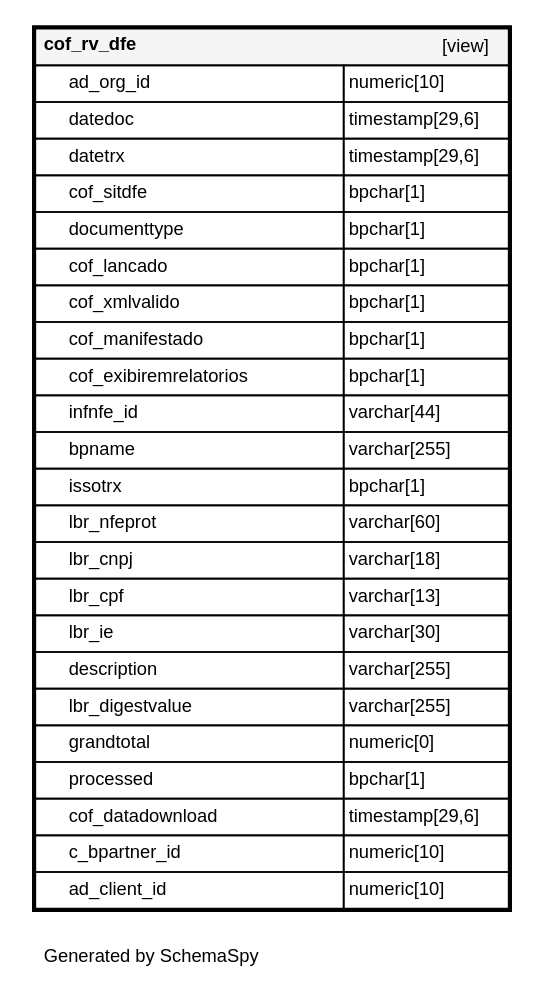
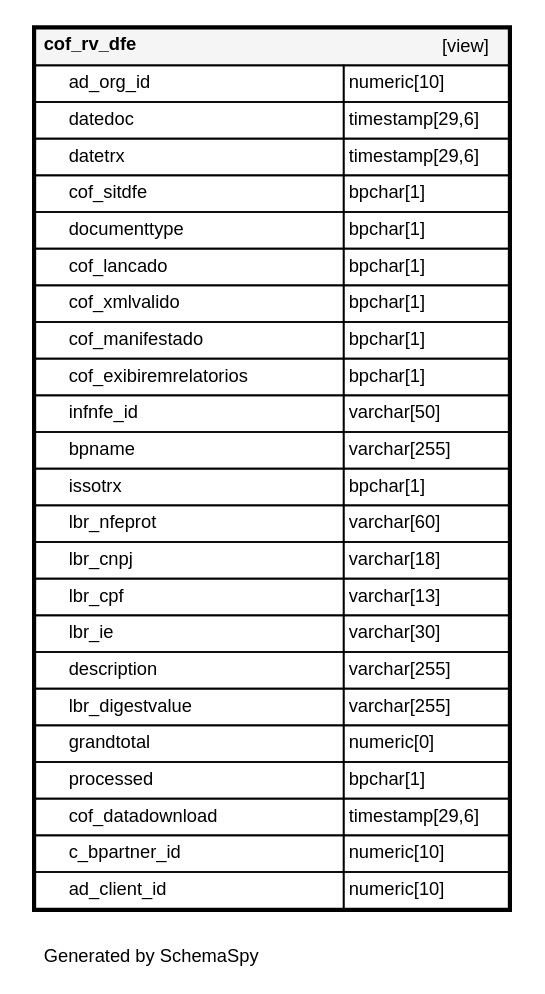
The diagram in public/diagrams/tables/cof_rv_dfe.1degree.dot (devcoffee/deverp-schemaspy), drawn with Graphviz before and after one commit. The commit also changed 447 other files, not shown here.

Commit message:
SchemaSpy baseado em release-12-brerp #206

```diff
--- a/public/diagrams/tables/cof_rv_dfe.1degree.dot
+++ b/public/diagrams/tables/cof_rv_dfe.1degree.dot
@@ -1,35 +1,35 @@
 digraph "oneDegreeRelationshipsDiagram" {
   graph [    rankdir="RL"    bgcolor="#ffffff"    label="\nGenerated by SchemaSpy"    labeljust="l"    nodesep="0.18"    ranksep="0.46"    fontname="Helvetica"    fontsize="11"    packmode="graph"  ];  node [    fontname="Helvetica"    fontsize="11"    shape="plaintext"  ];  edge [    arrowsize="0.8"  ];
   "cof_rv_dfe" [
    label=<
     <TABLE BORDER="2" CELLBORDER="1" CELLSPACING="0" BGCOLOR="#ffffff">
       <TR><TD COLSPAN="4"  BGCOLOR="#f5f5f5"><TABLE BORDER="0" CELLSPACING="0"><TR><TD ALIGN="LEFT" FIXEDSIZE="TRUE" WIDTH="73" HEIGHT="16"><B>cof_rv_dfe</B></TD><TD ALIGN="RIGHT">[view]</TD></TR></TABLE></TD></TR>
       <TR><TD PORT="ad_org_id" COLSPAN="2" ALIGN="LEFT"><TABLE BORDER="0" CELLSPACING="0" ALIGN="LEFT"><TR ALIGN="LEFT"><TD ALIGN="LEFT" FIXEDSIZE="TRUE" WIDTH="15" HEIGHT="16"></TD><TD ALIGN="LEFT" FIXEDSIZE="TRUE" WIDTH="164" HEIGHT="16">ad_org_id</TD></TR></TABLE></TD><TD PORT="ad_org_id.type" ALIGN="LEFT">numeric[10]</TD></TR>
       <TR><TD PORT="datedoc" COLSPAN="2" ALIGN="LEFT"><TABLE BORDER="0" CELLSPACING="0" ALIGN="LEFT"><TR ALIGN="LEFT"><TD ALIGN="LEFT" FIXEDSIZE="TRUE" WIDTH="15" HEIGHT="16"></TD><TD ALIGN="LEFT" FIXEDSIZE="TRUE" WIDTH="164" HEIGHT="16">datedoc</TD></TR></TABLE></TD><TD PORT="datedoc.type" ALIGN="LEFT">timestamp[29,6]</TD></TR>
       <TR><TD PORT="datetrx" COLSPAN="2" ALIGN="LEFT"><TABLE BORDER="0" CELLSPACING="0" ALIGN="LEFT"><TR ALIGN="LEFT"><TD ALIGN="LEFT" FIXEDSIZE="TRUE" WIDTH="15" HEIGHT="16"></TD><TD ALIGN="LEFT" FIXEDSIZE="TRUE" WIDTH="164" HEIGHT="16">datetrx</TD></TR></TABLE></TD><TD PORT="datetrx.type" ALIGN="LEFT">timestamp[29,6]</TD></TR>
       <TR><TD PORT="cof_sitdfe" COLSPAN="2" ALIGN="LEFT"><TABLE BORDER="0" CELLSPACING="0" ALIGN="LEFT"><TR ALIGN="LEFT"><TD ALIGN="LEFT" FIXEDSIZE="TRUE" WIDTH="15" HEIGHT="16"></TD><TD ALIGN="LEFT" FIXEDSIZE="TRUE" WIDTH="164" HEIGHT="16">cof_sitdfe</TD></TR></TABLE></TD><TD PORT="cof_sitdfe.type" ALIGN="LEFT">bpchar[1]</TD></TR>
       <TR><TD PORT="documenttype" COLSPAN="2" ALIGN="LEFT"><TABLE BORDER="0" CELLSPACING="0" ALIGN="LEFT"><TR ALIGN="LEFT"><TD ALIGN="LEFT" FIXEDSIZE="TRUE" WIDTH="15" HEIGHT="16"></TD><TD ALIGN="LEFT" FIXEDSIZE="TRUE" WIDTH="164" HEIGHT="16">documenttype</TD></TR></TABLE></TD><TD PORT="documenttype.type" ALIGN="LEFT">bpchar[1]</TD></TR>
       <TR><TD PORT="cof_lancado" COLSPAN="2" ALIGN="LEFT"><TABLE BORDER="0" CELLSPACING="0" ALIGN="LEFT"><TR ALIGN="LEFT"><TD ALIGN="LEFT" FIXEDSIZE="TRUE" WIDTH="15" HEIGHT="16"></TD><TD ALIGN="LEFT" FIXEDSIZE="TRUE" WIDTH="164" HEIGHT="16">cof_lancado</TD></TR></TABLE></TD><TD PORT="cof_lancado.type" ALIGN="LEFT">bpchar[1]</TD></TR>
       <TR><TD PORT="cof_xmlvalido" COLSPAN="2" ALIGN="LEFT"><TABLE BORDER="0" CELLSPACING="0" ALIGN="LEFT"><TR ALIGN="LEFT"><TD ALIGN="LEFT" FIXEDSIZE="TRUE" WIDTH="15" HEIGHT="16"></TD><TD ALIGN="LEFT" FIXEDSIZE="TRUE" WIDTH="164" HEIGHT="16">cof_xmlvalido</TD></TR></TABLE></TD><TD PORT="cof_xmlvalido.type" ALIGN="LEFT">bpchar[1]</TD></TR>
       <TR><TD PORT="cof_manifestado" COLSPAN="2" ALIGN="LEFT"><TABLE BORDER="0" CELLSPACING="0" ALIGN="LEFT"><TR ALIGN="LEFT"><TD ALIGN="LEFT" FIXEDSIZE="TRUE" WIDTH="15" HEIGHT="16"></TD><TD ALIGN="LEFT" FIXEDSIZE="TRUE" WIDTH="164" HEIGHT="16">cof_manifestado</TD></TR></TABLE></TD><TD PORT="cof_manifestado.type" ALIGN="LEFT">bpchar[1]</TD></TR>
       <TR><TD PORT="cof_exibiremrelatorios" COLSPAN="2" ALIGN="LEFT"><TABLE BORDER="0" CELLSPACING="0" ALIGN="LEFT"><TR ALIGN="LEFT"><TD ALIGN="LEFT" FIXEDSIZE="TRUE" WIDTH="15" HEIGHT="16"></TD><TD ALIGN="LEFT" FIXEDSIZE="TRUE" WIDTH="164" HEIGHT="16">cof_exibiremrelatorios</TD></TR></TABLE></TD><TD PORT="cof_exibiremrelatorios.type" ALIGN="LEFT">bpchar[1]</TD></TR>
-      <TR><TD PORT="infnfe_id" COLSPAN="2" ALIGN="LEFT"><TABLE BORDER="0" CELLSPACING="0" ALIGN="LEFT"><TR ALIGN="LEFT"><TD ALIGN="LEFT" FIXEDSIZE="TRUE" WIDTH="15" HEIGHT="16"></TD><TD ALIGN="LEFT" FIXEDSIZE="TRUE" WIDTH="164" HEIGHT="16">infnfe_id</TD></TR></TABLE></TD><TD PORT="infnfe_id.type" ALIGN="LEFT">varchar[44]</TD></TR>
+      <TR><TD PORT="infnfe_id" COLSPAN="2" ALIGN="LEFT"><TABLE BORDER="0" CELLSPACING="0" ALIGN="LEFT"><TR ALIGN="LEFT"><TD ALIGN="LEFT" FIXEDSIZE="TRUE" WIDTH="15" HEIGHT="16"></TD><TD ALIGN="LEFT" FIXEDSIZE="TRUE" WIDTH="164" HEIGHT="16">infnfe_id</TD></TR></TABLE></TD><TD PORT="infnfe_id.type" ALIGN="LEFT">varchar[50]</TD></TR>
       <TR><TD PORT="bpname" COLSPAN="2" ALIGN="LEFT"><TABLE BORDER="0" CELLSPACING="0" ALIGN="LEFT"><TR ALIGN="LEFT"><TD ALIGN="LEFT" FIXEDSIZE="TRUE" WIDTH="15" HEIGHT="16"></TD><TD ALIGN="LEFT" FIXEDSIZE="TRUE" WIDTH="164" HEIGHT="16">bpname</TD></TR></TABLE></TD><TD PORT="bpname.type" ALIGN="LEFT">varchar[255]</TD></TR>
       <TR><TD PORT="issotrx" COLSPAN="2" ALIGN="LEFT"><TABLE BORDER="0" CELLSPACING="0" ALIGN="LEFT"><TR ALIGN="LEFT"><TD ALIGN="LEFT" FIXEDSIZE="TRUE" WIDTH="15" HEIGHT="16"></TD><TD ALIGN="LEFT" FIXEDSIZE="TRUE" WIDTH="164" HEIGHT="16">issotrx</TD></TR></TABLE></TD><TD PORT="issotrx.type" ALIGN="LEFT">bpchar[1]</TD></TR>
       <TR><TD PORT="lbr_nfeprot" COLSPAN="2" ALIGN="LEFT"><TABLE BORDER="0" CELLSPACING="0" ALIGN="LEFT"><TR ALIGN="LEFT"><TD ALIGN="LEFT" FIXEDSIZE="TRUE" WIDTH="15" HEIGHT="16"></TD><TD ALIGN="LEFT" FIXEDSIZE="TRUE" WIDTH="164" HEIGHT="16">lbr_nfeprot</TD></TR></TABLE></TD><TD PORT="lbr_nfeprot.type" ALIGN="LEFT">varchar[60]</TD></TR>
       <TR><TD PORT="lbr_cnpj" COLSPAN="2" ALIGN="LEFT"><TABLE BORDER="0" CELLSPACING="0" ALIGN="LEFT"><TR ALIGN="LEFT"><TD ALIGN="LEFT" FIXEDSIZE="TRUE" WIDTH="15" HEIGHT="16"></TD><TD ALIGN="LEFT" FIXEDSIZE="TRUE" WIDTH="164" HEIGHT="16">lbr_cnpj</TD></TR></TABLE></TD><TD PORT="lbr_cnpj.type" ALIGN="LEFT">varchar[18]</TD></TR>
       <TR><TD PORT="lbr_cpf" COLSPAN="2" ALIGN="LEFT"><TABLE BORDER="0" CELLSPACING="0" ALIGN="LEFT"><TR ALIGN="LEFT"><TD ALIGN="LEFT" FIXEDSIZE="TRUE" WIDTH="15" HEIGHT="16"></TD><TD ALIGN="LEFT" FIXEDSIZE="TRUE" WIDTH="164" HEIGHT="16">lbr_cpf</TD></TR></TABLE></TD><TD PORT="lbr_cpf.type" ALIGN="LEFT">varchar[13]</TD></TR>
       <TR><TD PORT="lbr_ie" COLSPAN="2" ALIGN="LEFT"><TABLE BORDER="0" CELLSPACING="0" ALIGN="LEFT"><TR ALIGN="LEFT"><TD ALIGN="LEFT" FIXEDSIZE="TRUE" WIDTH="15" HEIGHT="16"></TD><TD ALIGN="LEFT" FIXEDSIZE="TRUE" WIDTH="164" HEIGHT="16">lbr_ie</TD></TR></TABLE></TD><TD PORT="lbr_ie.type" ALIGN="LEFT">varchar[30]</TD></TR>
       <TR><TD PORT="description" COLSPAN="2" ALIGN="LEFT"><TABLE BORDER="0" CELLSPACING="0" ALIGN="LEFT"><TR ALIGN="LEFT"><TD ALIGN="LEFT" FIXEDSIZE="TRUE" WIDTH="15" HEIGHT="16"></TD><TD ALIGN="LEFT" FIXEDSIZE="TRUE" WIDTH="164" HEIGHT="16">description</TD></TR></TABLE></TD><TD PORT="description.type" ALIGN="LEFT">varchar[255]</TD></TR>
       <TR><TD PORT="lbr_digestvalue" COLSPAN="2" ALIGN="LEFT"><TABLE BORDER="0" CELLSPACING="0" ALIGN="LEFT"><TR ALIGN="LEFT"><TD ALIGN="LEFT" FIXEDSIZE="TRUE" WIDTH="15" HEIGHT="16"></TD><TD ALIGN="LEFT" FIXEDSIZE="TRUE" WIDTH="164" HEIGHT="16">lbr_digestvalue</TD></TR></TABLE></TD><TD PORT="lbr_digestvalue.type" ALIGN="LEFT">varchar[255]</TD></TR>
       <TR><TD PORT="grandtotal" COLSPAN="2" ALIGN="LEFT"><TABLE BORDER="0" CELLSPACING="0" ALIGN="LEFT"><TR ALIGN="LEFT"><TD ALIGN="LEFT" FIXEDSIZE="TRUE" WIDTH="15" HEIGHT="16"></TD><TD ALIGN="LEFT" FIXEDSIZE="TRUE" WIDTH="164" HEIGHT="16">grandtotal</TD></TR></TABLE></TD><TD PORT="grandtotal.type" ALIGN="LEFT">numeric[0]</TD></TR>
       <TR><TD PORT="processed" COLSPAN="2" ALIGN="LEFT"><TABLE BORDER="0" CELLSPACING="0" ALIGN="LEFT"><TR ALIGN="LEFT"><TD ALIGN="LEFT" FIXEDSIZE="TRUE" WIDTH="15" HEIGHT="16"></TD><TD ALIGN="LEFT" FIXEDSIZE="TRUE" WIDTH="164" HEIGHT="16">processed</TD></TR></TABLE></TD><TD PORT="processed.type" ALIGN="LEFT">bpchar[1]</TD></TR>
       <TR><TD PORT="cof_datadownload" COLSPAN="2" ALIGN="LEFT"><TABLE BORDER="0" CELLSPACING="0" ALIGN="LEFT"><TR ALIGN="LEFT"><TD ALIGN="LEFT" FIXEDSIZE="TRUE" WIDTH="15" HEIGHT="16"></TD><TD ALIGN="LEFT" FIXEDSIZE="TRUE" WIDTH="164" HEIGHT="16">cof_datadownload</TD></TR></TABLE></TD><TD PORT="cof_datadownload.type" ALIGN="LEFT">timestamp[29,6]</TD></TR>
       <TR><TD PORT="c_bpartner_id" COLSPAN="2" ALIGN="LEFT"><TABLE BORDER="0" CELLSPACING="0" ALIGN="LEFT"><TR ALIGN="LEFT"><TD ALIGN="LEFT" FIXEDSIZE="TRUE" WIDTH="15" HEIGHT="16"></TD><TD ALIGN="LEFT" FIXEDSIZE="TRUE" WIDTH="164" HEIGHT="16">c_bpartner_id</TD></TR></TABLE></TD><TD PORT="c_bpartner_id.type" ALIGN="LEFT">numeric[10]</TD></TR>
       <TR><TD PORT="ad_client_id" COLSPAN="2" ALIGN="LEFT"><TABLE BORDER="0" CELLSPACING="0" ALIGN="LEFT"><TR ALIGN="LEFT"><TD ALIGN="LEFT" FIXEDSIZE="TRUE" WIDTH="15" HEIGHT="16"></TD><TD ALIGN="LEFT" FIXEDSIZE="TRUE" WIDTH="164" HEIGHT="16">ad_client_id</TD></TR></TABLE></TD><TD PORT="ad_client_id.type" ALIGN="LEFT">numeric[10]</TD></TR>
     </TABLE>>
     URL="../../tables/cof_rv_dfe.html"
     target="_top"
     tooltip="cof_rv_dfe"
   ];
 }
```
